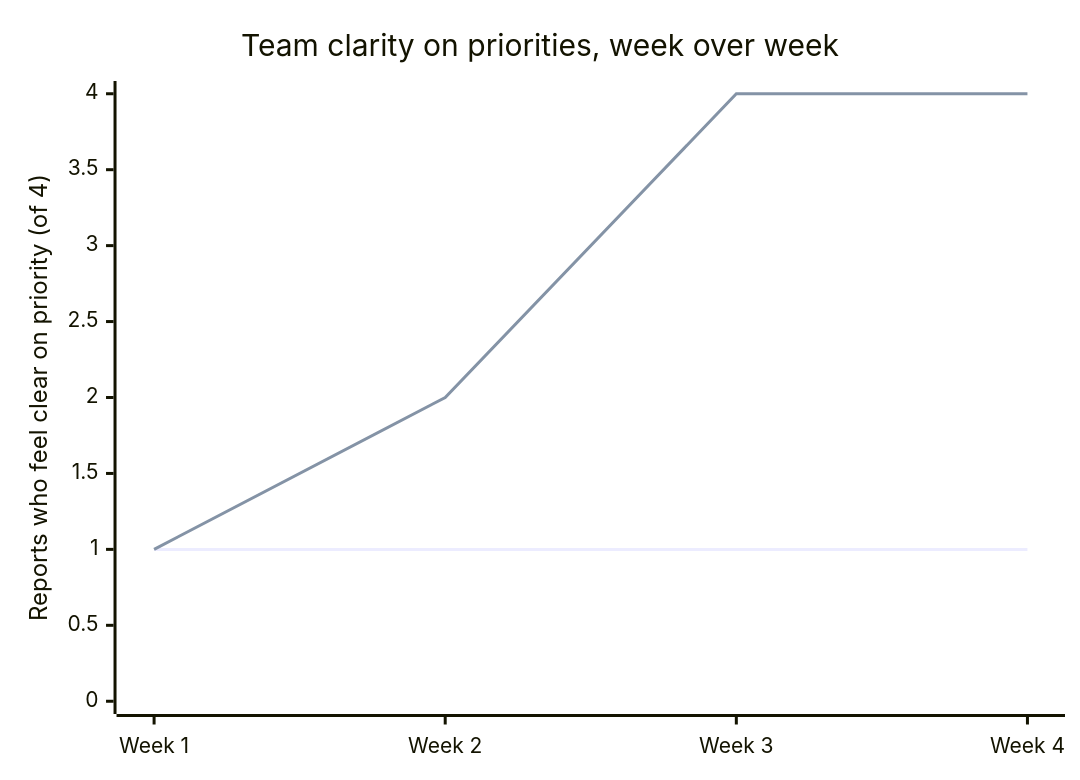
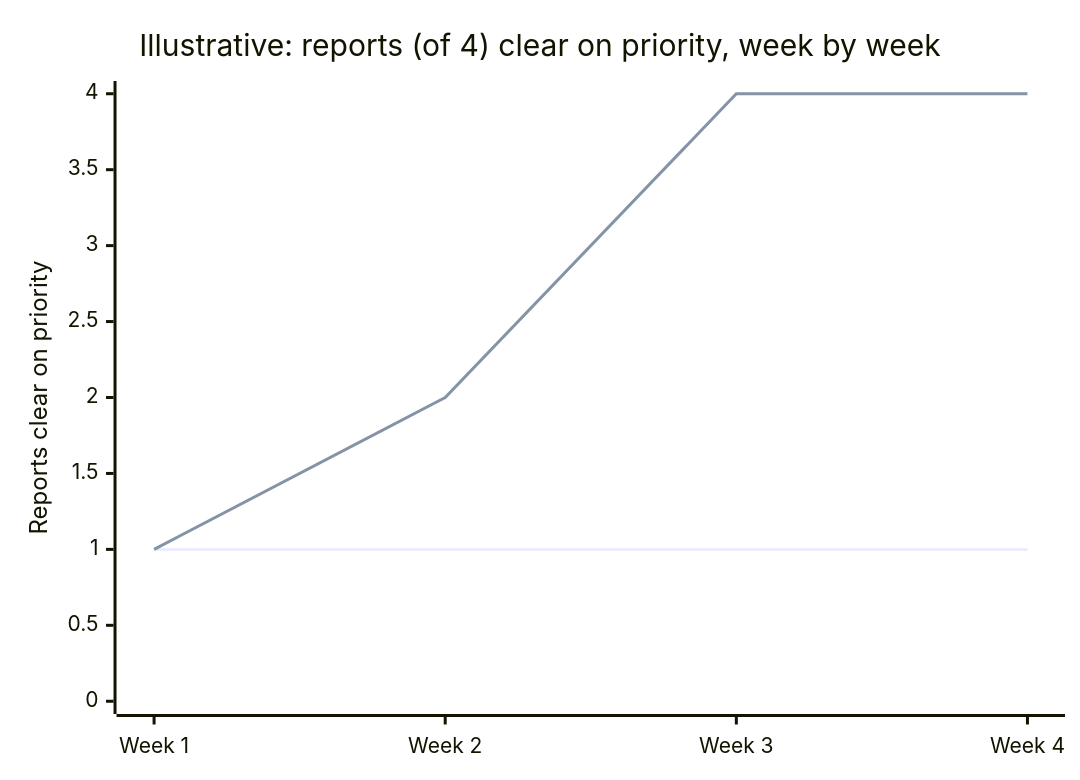
One commit to francoandreDev/knowledge changed the diagram in src/content/people-management/ic-excellence-management/L3-deep-dive.mdx. Above: the diagram before and after it, drawn with Mermaid. The commit also changed other lines of this file and 16 other files, not shown here.

````diff
--- a/src/content/people-management/ic-excellence-management/L3-deep-dive.mdx
+++ b/src/content/people-management/ic-excellence-management/L3-deep-dive.mdx
@@ -93,8 +109,8 @@
 ```mermaid
 xychart-beta
-    title "Team clarity on priorities, week over week"
+    title "Illustrative: reports (of 4) clear on priority, week by week"
     x-axis ["Week 1", "Week 2", "Week 3", "Week 4"]
-    y-axis "Reports who feel clear on priority (of 4)" 0 --> 4
+    y-axis "Reports clear on priority" 0 --> 4
     line [1, 1, 1, 1]
     line [1, 2, 4, 4]
 ```
````
